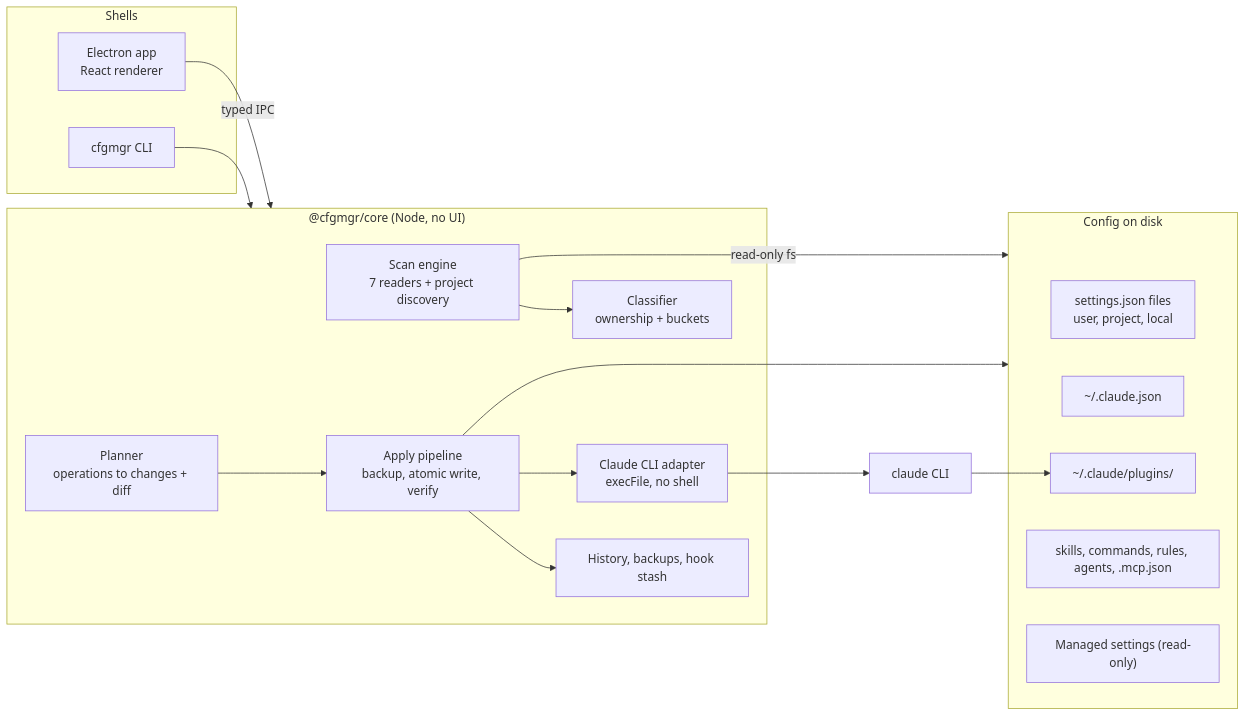
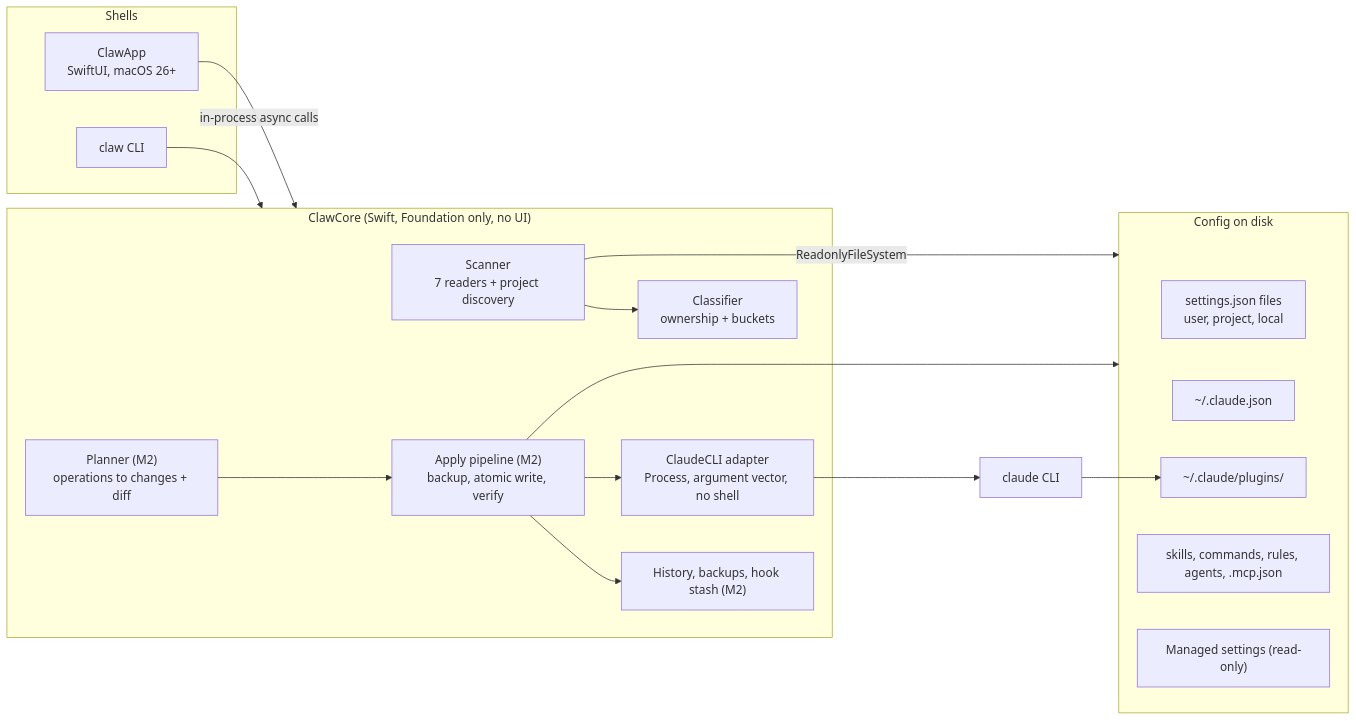
One commit to amirtaherkhani/claw changed the first of 2 diagrams in docs/TECHNICAL-DESIGN.md. Above: the diagram before and after it, drawn with Mermaid. The commit also changed other lines of this file and 45 other files, not shown here.

First line of the commit message:
refactor: rename the app to Claw and update all docs for Swift and SwiftUI

````diff
--- a/docs/TECHNICAL-DESIGN.md
+++ b/docs/TECHNICAL-DESIGN.md
@@ -24,33 +24,33 @@
 ```mermaid
 flowchart LR
   subgraph UI["Shells"]
-    GUI["Electron app<br/>React renderer"]
-    CLI["cfgmgr CLI"]
+    GUI["ClawApp<br/>SwiftUI, macOS 26+"]
+    CLI["claw CLI"]
   end
-  subgraph Core["@cfgmgr/core (Node, no UI)"]
-    SCAN["Scan engine<br/>7 readers + project discovery"]
+  subgraph Core["ClawCore (Swift, Foundation only, no UI)"]
+    SCAN["Scanner<br/>7 readers + project discovery"]
     CLASS["Classifier<br/>ownership + buckets"]
-    PLAN["Planner<br/>operations to changes + diff"]
-    APPLY["Apply pipeline<br/>backup, atomic write, verify"]
-    HIST["History, backups, hook stash"]
-    CLIAD["Claude CLI adapter<br/>execFile, no shell"]
+    PLAN["Planner (M2)<br/>operations to changes + diff"]
+    APPLY["Apply pipeline (M2)<br/>backup, atomic write, verify"]
+    HIST["History, backups, hook stash (M2)"]
+    CLIAD["ClaudeCLI adapter<br/>Process, argument vector, no shell"]
   end
   subgraph Disk["Config on disk"]
     SET["settings.json files<br/>user, project, local"]
     CJ["~/.claude.json"]
     PLG["~/.claude/plugins/"]
     FILES["skills, commands, rules, agents, .mcp.json"]
     MAN["Managed settings (read-only)"]
   end
   CC["claude CLI"]
-  GUI -->|typed IPC| Core
+  GUI -->|in-process async calls| Core
   CLI --> Core
-  SCAN -->|read-only fs| Disk
+  SCAN -->|ReadonlyFileSystem| Disk
   SCAN --> CLASS
   CLIAD --> CC
   CC --> PLG
   PLAN --> APPLY
   APPLY --> Disk
   APPLY --> HIST
   APPLY --> CLIAD
 ```
````
